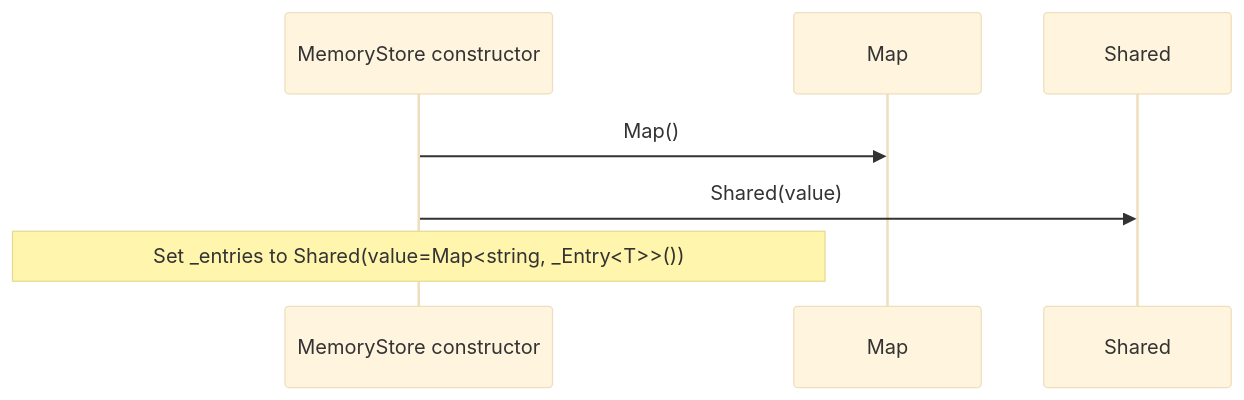
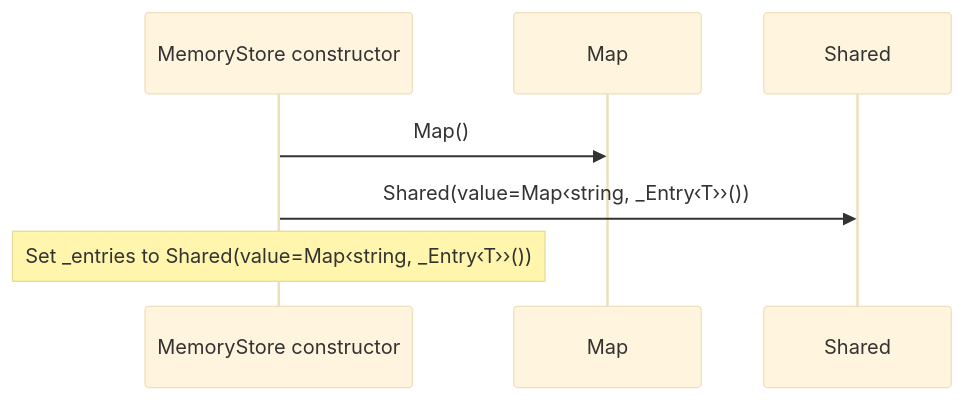
One commit to GreenPandaStudios/augscript changed the third of 6 diagrams in docs/examples/oidc-login/dependencies/packages/@git/url_0eb7c89453c87681ed15/0.0.0-git.a39fc582565d4fca40be4f75fa304d71adc69301/store-diagrams.md. Above: the diagram before and after it, drawn with Mermaid (base theme). The commit also changed other lines of this file and 524 other files, not shown here.

Commit message:
Explain checked data flow at folder and service levels

````diff
--- a/docs/examples/oidc-login/dependencies/packages/@git/url_0eb7c89453c87681ed15/0.0.0-git.a39fc582565d4fca40be4f75fa304d71adc69301/store-diagrams.md
+++ b/docs/examples/oidc-login/dependencies/packages/@git/url_0eb7c89453c87681ed15/0.0.0-git.a39fc582565d4fca40be4f75fa304d71adc69301/store-diagrams.md
@@ -122,9 +91,9 @@
 ```mermaid
 sequenceDiagram
     participant p0 as MemoryStore constructor
     participant p1 as Map
     participant p2 as Shared
     p0->>p1: Map()
-    p0->>p2: Shared(value)
-    Note over p0: Set _entries to Shared(value=Map#60;string, _Entry#60;T#62;#62;())
+    p0->>p2: Shared(value=Map‹string, _Entry‹T››())
+    Note over p0: Set _entries to Shared(value=Map‹string, _Entry‹T››())
 ```
````
